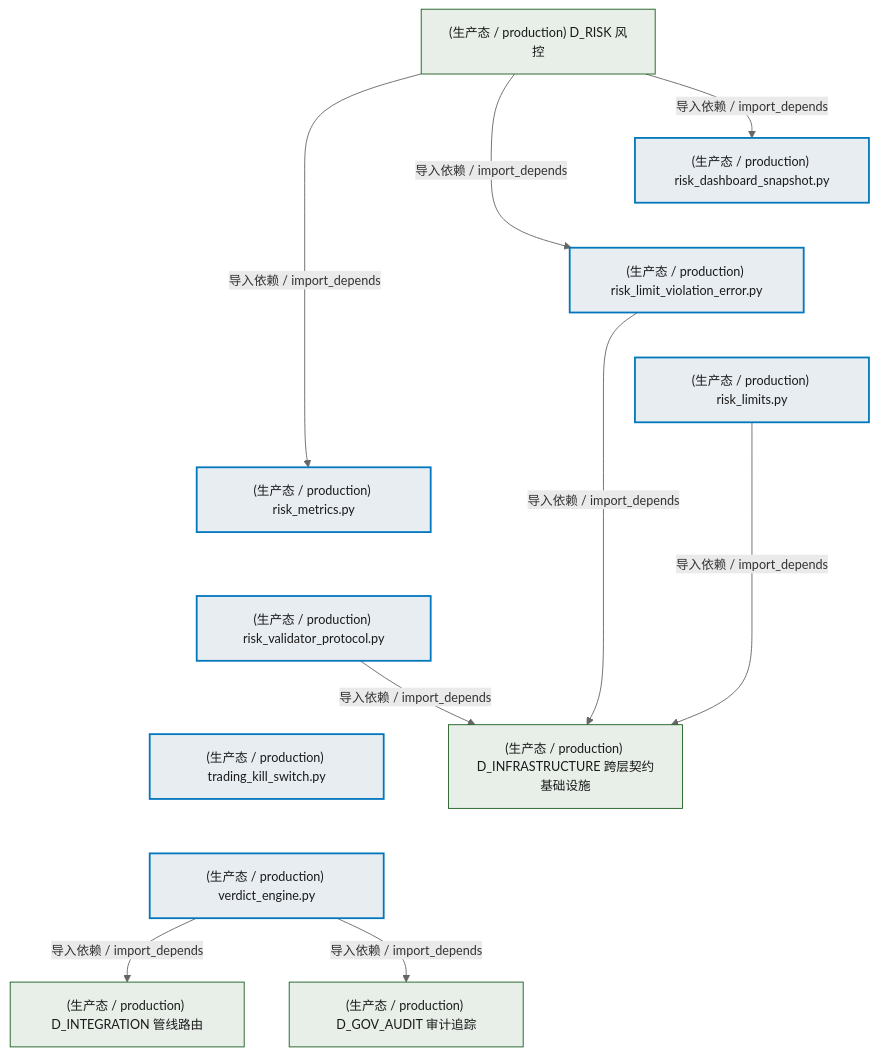
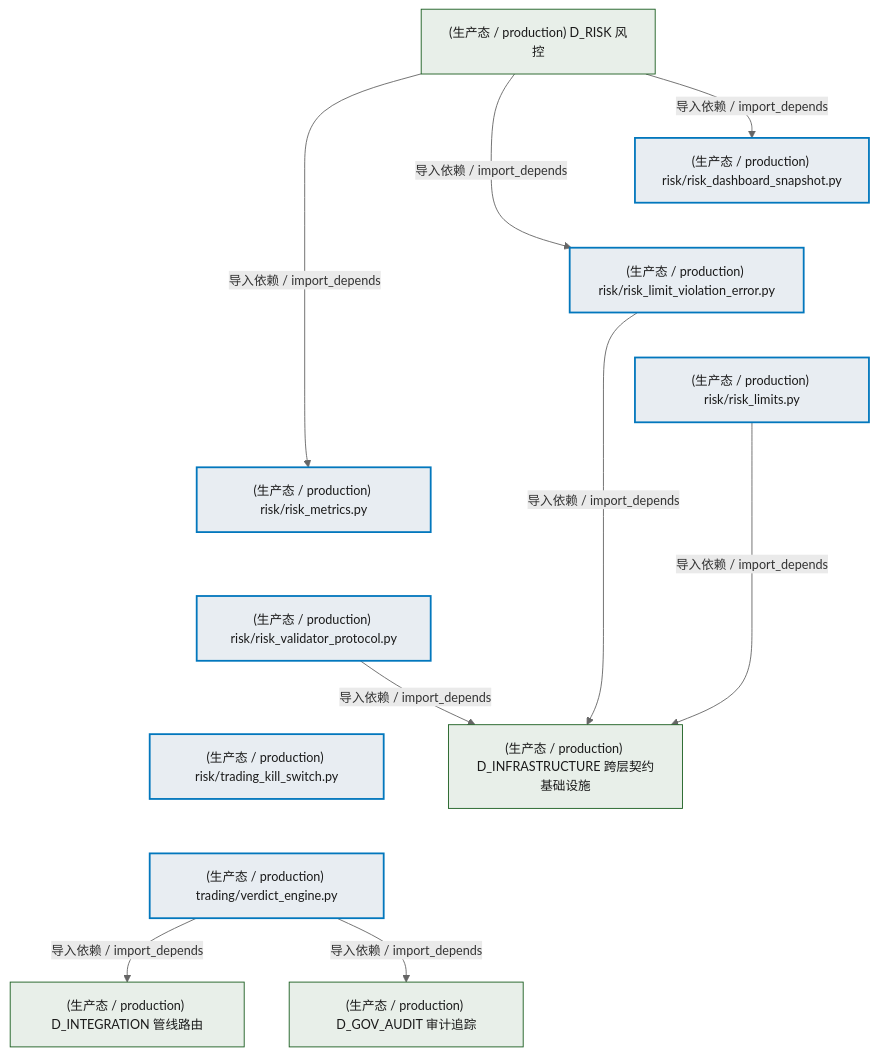
One commit to xuanFelixVan/ZephyrAlpha changed the second of 4 diagrams in docs/02_enterprise_architecture/02_domain_architecture_docs/72_d_trading.md. Above: the diagram before and after it, drawn with Mermaid. The commit also changed other lines of this file and 63 other files, not shown here.

````diff
--- a/docs/02_enterprise_architecture/02_domain_architecture_docs/72_d_trading.md
+++ b/docs/02_enterprise_architecture/02_domain_architecture_docs/72_d_trading.md
@@ -219,35 +219,35 @@
 ```mermaid
 %%{init: {'theme': 'base', 'themeVariables': {'primaryColor': '#eaeaea', 'primaryTextColor': '#333333', 'primaryBorderColor': '#666666', 'lineColor': '#666666', 'secondaryColor': '#eaeaea', 'tertiaryColor': '#eaeaea', 'fontSize': '14px'}}}%%
 flowchart TD
-    src_zephyr_trading_trading_contracts_risk_risk_dashboard_snapshot_py["(生产态 / production) risk_dashboard_snapshot.py"]
-    src_zephyr_trading_trading_contracts_risk_risk_limit_violation_error_py["(生产态 / production) risk_limit_violation_error.py"]
-    src_zephyr_trading_trading_contracts_risk_risk_limits_py["(生产态 / production) risk_limits.py"]
-    src_zephyr_trading_trading_contracts_risk_risk_metrics_py["(生产态 / production) risk_metrics.py"]
-    src_zephyr_trading_trading_contracts_risk_risk_validator_protocol_py["(生产态 / production) risk_validator_protocol.py"]
-    src_zephyr_trading_trading_contracts_risk_trading_kill_switch_py["(生产态 / production) trading_kill_switch.py"]
-    src_zephyr_trading_verdict_engine_py["(生产态 / production) verdict_engine.py"]
+    src_zephyr_trading_trading_contracts_risk_risk_dashboard_snapshot_py["(生产态 / production) risk/risk_dashboard_snapshot.py"]
+    src_zephyr_trading_trading_contracts_risk_risk_limit_violation_error_py["(生产态 / production) risk/risk_limit_violation_error.py"]
+    src_zephyr_trading_trading_contracts_risk_risk_limits_py["(生产态 / production) risk/risk_limits.py"]
+    src_zephyr_trading_trading_contracts_risk_risk_metrics_py["(生产态 / production) risk/risk_metrics.py"]
+    src_zephyr_trading_trading_contracts_risk_risk_validator_protocol_py["(生产态 / production) risk/risk_validator_protocol.py"]
+    src_zephyr_trading_trading_contracts_risk_trading_kill_switch_py["(生产态 / production) risk/trading_kill_switch.py"]
+    src_zephyr_trading_verdict_engine_py["(生产态 / production) trading/verdict_engine.py"]
     src_zephyr_trading_trading_contracts_risk_risk_dashboard_snapshot_py ~~~ src_zephyr_trading_trading_contracts_risk_risk_limit_violation_error_py
     src_zephyr_trading_trading_contracts_risk_risk_limit_violation_error_py ~~~ src_zephyr_trading_trading_contracts_risk_risk_limits_py
     src_zephyr_trading_trading_contracts_risk_risk_limits_py ~~~ src_zephyr_trading_trading_contracts_risk_risk_metrics_py
     src_zephyr_trading_trading_contracts_risk_risk_metrics_py ~~~ src_zephyr_trading_trading_contracts_risk_risk_validator_protocol_py
     src_zephyr_trading_trading_contracts_risk_risk_validator_protocol_py ~~~ src_zephyr_trading_trading_contracts_risk_trading_kill_switch_py
     src_zephyr_trading_trading_contracts_risk_trading_kill_switch_py ~~~ src_zephyr_trading_verdict_engine_py
     D_INFRASTRUCTURE["(生产态 / production) D_INFRASTRUCTURE 跨层契约基础设施"]
     src_zephyr_trading_trading_contracts_risk_risk_limits_py -->|导入依赖 / import_depends| D_INFRASTRUCTURE
     src_zephyr_trading_trading_contracts_risk_risk_limit_violation_error_py -->|导入依赖 / import_depends| D_INFRASTRUCTURE
     D_INTEGRATION["(生产态 / production) D_INTEGRATION 管线路由"]
     src_zephyr_trading_verdict_engine_py -->|导入依赖 / import_depends| D_INTEGRATION
     src_zephyr_trading_trading_contracts_risk_risk_validator_protocol_py -->|导入依赖 / import_depends| D_INFRASTRUCTURE
     D_GOV_AUDIT["(生产态 / production) D_GOV_AUDIT 审计追踪"]
     src_zephyr_trading_verdict_engine_py -->|导入依赖 / import_depends| D_GOV_AUDIT
     D_RISK["(生产态 / production) D_RISK 风控"]
     D_RISK -->|导入依赖 / import_depends| src_zephyr_trading_trading_contracts_risk_risk_limit_violation_error_py
     D_RISK -->|导入依赖 / import_depends| src_zephyr_trading_trading_contracts_risk_risk_dashboard_snapshot_py
     D_RISK -->|导入依赖 / import_depends| src_zephyr_trading_trading_contracts_risk_risk_metrics_py
     classDef production fill:#e8edf2,stroke:#0277bd,stroke-width:2px,color:#1a1a1a
     classDef design fill:#f0ebe3,stroke:#bf360c,stroke-width:2px,color:#1a1a1a,stroke-dasharray: 5 5
     classDef external_prod fill:#e8efe9,stroke:#1b5e20,stroke-width:1px,color:#1a1a1a
     classDef external_design fill:#efe5ea,stroke:#880e4f,stroke-width:1px,color:#1a1a1a,stroke-dasharray: 5 5
     class src_zephyr_trading_trading_contracts_risk_risk_dashboard_snapshot_py,src_zephyr_trading_trading_contracts_risk_risk_limit_violation_error_py,src_zephyr_trading_trading_contracts_risk_risk_limits_py,src_zephyr_trading_trading_contracts_risk_risk_metrics_py,src_zephyr_trading_trading_contracts_risk_risk_validator_protocol_py,src_zephyr_trading_trading_contracts_risk_trading_kill_switch_py,src_zephyr_trading_verdict_engine_py production
     class D_INFRASTRUCTURE,D_INTEGRATION,D_GOV_AUDIT,D_RISK external_prod
 ```
````
